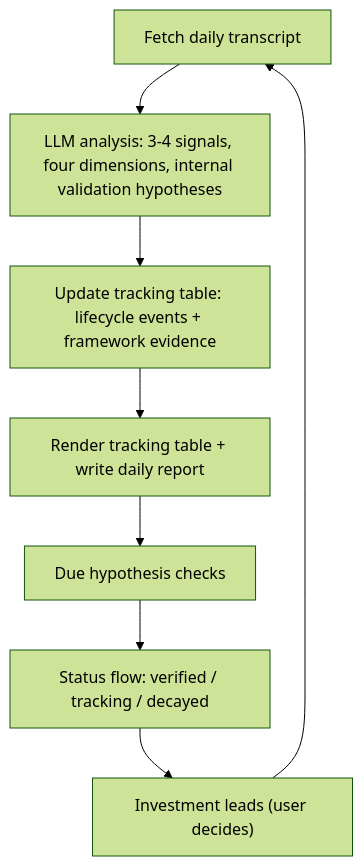
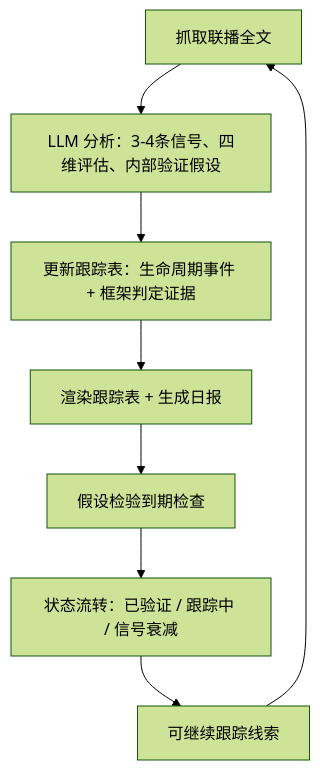
One commit to cezum/china-signal-xinwenliaobo changed the diagram in README.md. Above: the diagram before and after it, drawn with Mermaid (forest theme). The commit also changed other lines of this file and 2 other files, not shown here.

````diff
--- a/README.md
+++ b/README.md
@@ -50,10 +48,10 @@
 ```mermaid
 flowchart TD
-    A["Fetch daily transcript"] --> B["LLM analysis: 3-4 signals, four dimensions, internal validation hypotheses"]
-    B --> C["Update tracking table: lifecycle events + framework evidence"]
-    C --> D["Render tracking table + write daily report"]
-    D --> E["Due hypothesis checks"]
-    E --> F["Status flow: verified / tracking / decayed"]
-    F --> G["Investment leads (user decides)"]
+    A["抓取联播全文"] --> B["LLM 分析：3-4条信号、四维评估、内部验证假设"]
+    B --> C["更新跟踪表：生命周期事件 + 框架判定证据"]
+    C --> D["渲染跟踪表 + 生成日报"]
+    D --> E["假设检验到期检查"]
+    E --> F["状态流转：已验证 / 跟踪中 / 信号衰减"]
+    F --> G["可继续跟踪线索"]
     G --> A
 ```
````
